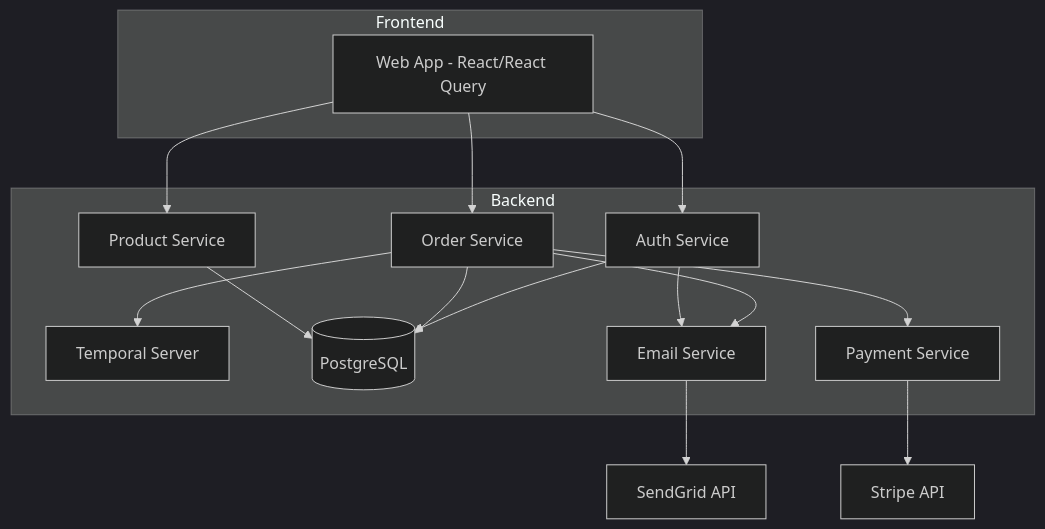
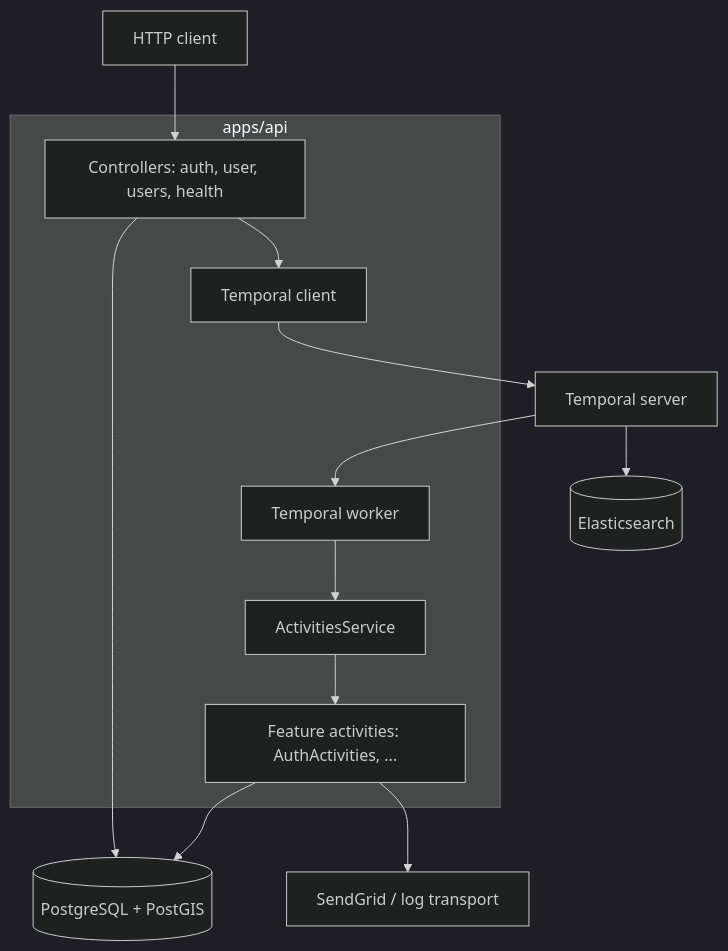
One commit to proyecto26/projectx-api changed the first of 3 diagrams in docs/architecture/README.md. Above: the diagram before and after it, drawn with Mermaid (dark theme). The commit also changed other lines of this file and 567 other files, not shown here.

````diff
--- a/docs/architecture/README.md
+++ b/docs/architecture/README.md
@@ -7,29 +7,25 @@
 ```mermaid
 graph TB
-    subgraph Frontend
-        Web[Web App - React/React Query]
+    Client[HTTP client]
+
+    subgraph apps/api
+        HTTP[Controllers: auth, user, users, health]
+        TClient[Temporal client]
+        Worker[Temporal worker]
+        Registry[ActivitiesService]
+        Features[Feature activities: AuthActivities, ...]
     end
 
-    subgraph Backend
-        Auth[Auth Service]
-        Order[Order Service]
-        Product[Product Service]
-        Temporal[Temporal Server]
-        DB[(PostgreSQL)]
-        Email[Email Service]
-        Payment[Payment Service]
-    end
+    DB[(PostgreSQL + PostGIS)]
+    Temporal[Temporal server]
+    ES[(Elasticsearch)]
+    SendGrid[SendGrid / log transport]
 
-    Web --> Auth
-    Web --> Order
-    Web --> Product
-    Auth --> DB
-    Order --> DB
-    Product --> DB
-    Order --> Temporal
-    Order --> Payment
-    Order --> Email
-    Auth --> Email
-    Payment --> Stripe[Stripe API]
-    Email --> SendGrid[SendGrid API]
+    Client --> HTTP
+    HTTP --> TClient --> Temporal
+    Temporal --> Worker --> Registry --> Features
+    Features --> DB
+    Features --> SendGrid
+    HTTP --> DB
+    Temporal --> ES
 ```
````
